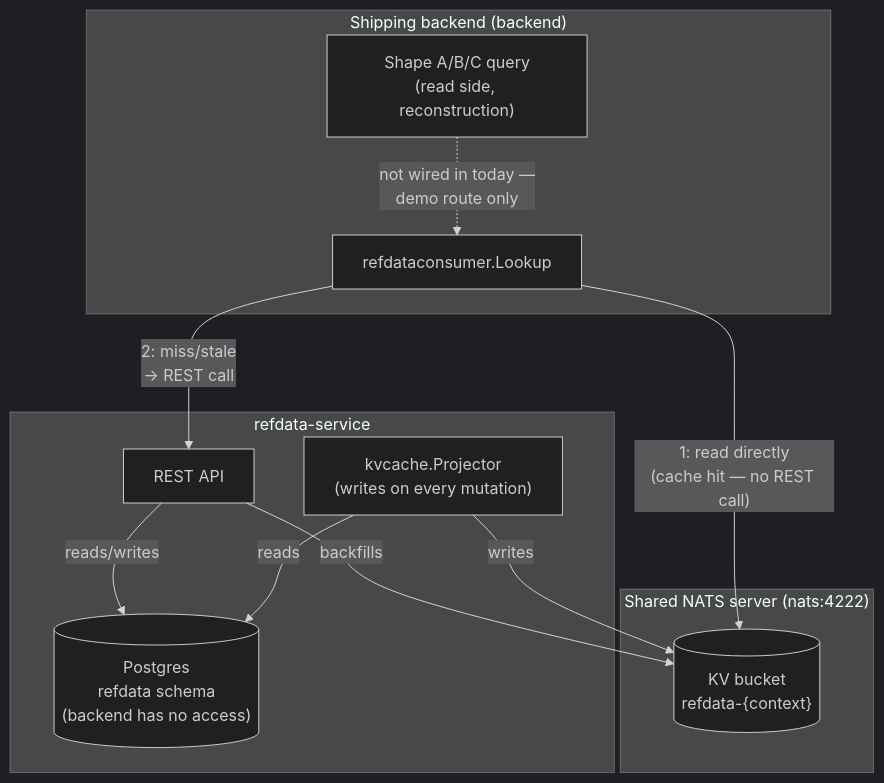
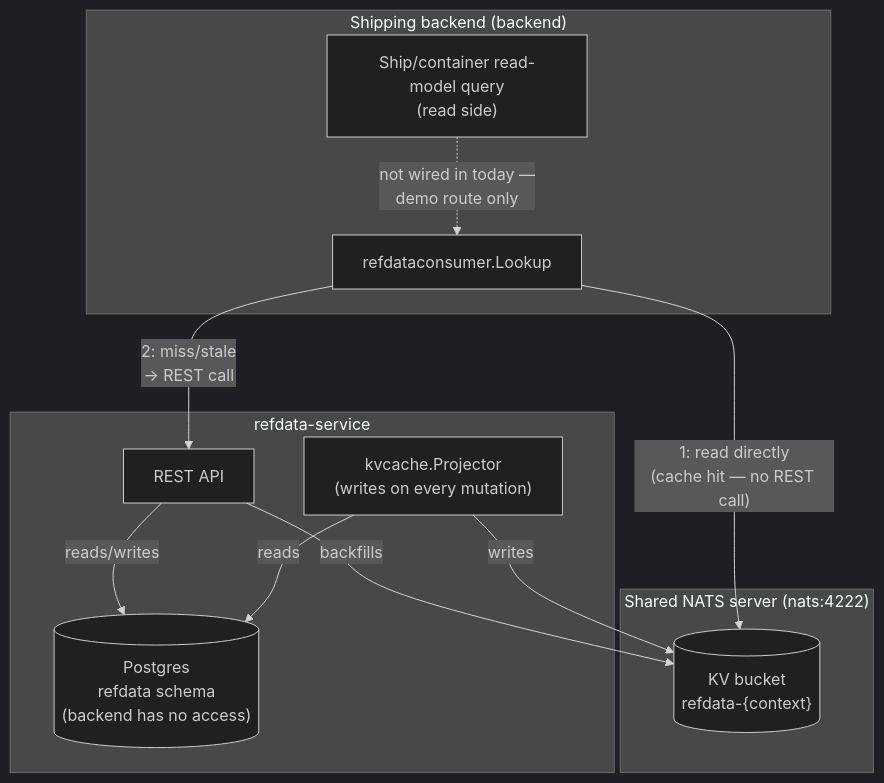
Before and after one commit to jthomas78/nats-tech-lab: the second of 4 diagrams in obsidian/V3-Platform/Architecture/Dictionary-POC/ARCHITECTURE-DICTIONARY.md, drawn with Mermaid (dark theme). The commit also changed other lines of this file and 65 other files, not shown here.

````diff
--- a/obsidian/V3-Platform/Architecture/Dictionary-POC/ARCHITECTURE-DICTIONARY.md
+++ b/obsidian/V3-Platform/Architecture/Dictionary-POC/ARCHITECTURE-DICTIONARY.md
@@ -380,25 +380,25 @@
 ```mermaid
 flowchart TB
     subgraph "Shipping backend (backend)"
-        RQ["Shape A/B/C query<br/>(read side, reconstruction)"]
+        RQ["Ship/container read-model query<br/>(read side)"]
         RC["refdataconsumer.Lookup"]
         RQ -.->|"not wired in today —<br/>demo route only"| RC
     end
 
     subgraph NATS["Shared NATS server (nats:4222)"]
         KV[("KV bucket<br/>refdata-{context}")]
     end
 
     subgraph "refdata-service"
         REST["REST API"]
         PROJ["kvcache.Projector<br/>(writes on every mutation)"]
         PG[("Postgres<br/>refdata schema<br/>(backend has no access)")]
     end
 
     RC -- "1: read directly<br/>(cache hit — no REST call)" --> KV
     RC -- "2: miss/stale<br/>-> REST call" --> REST
     REST -- reads/writes --> PG
     REST -- backfills --> KV
     PROJ -- writes --> KV
     PROJ -- reads --> PG
 ```
````
